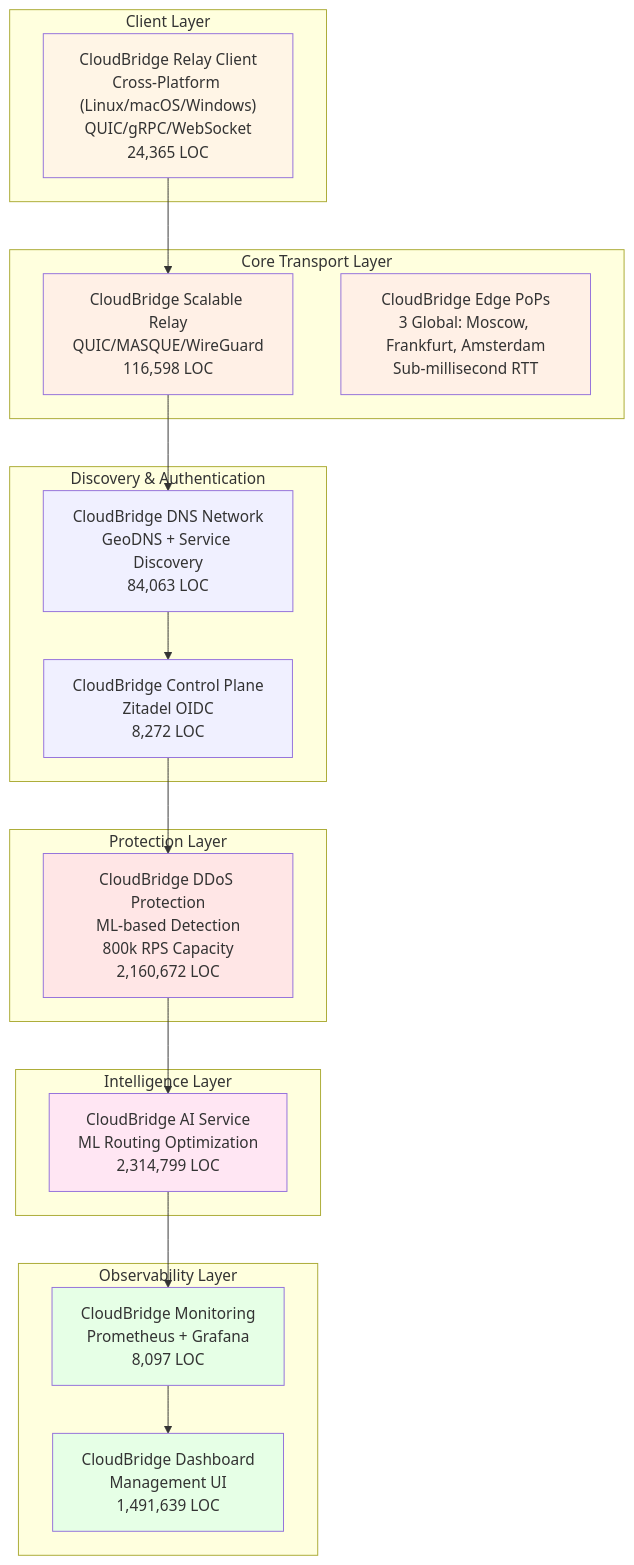
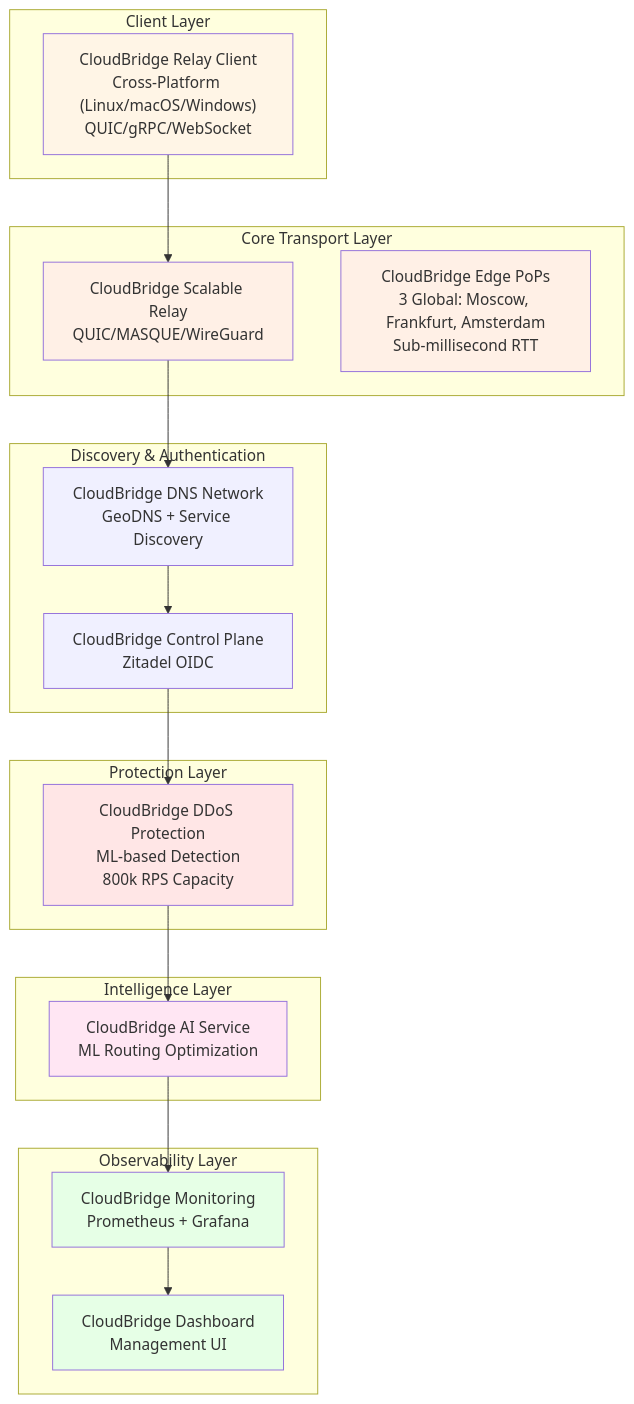
The first of 3 diagrams in ARCHITECTURE/PROJECT_OVERVIEW.md (twogc/cloudbridge-docs), drawn with Mermaid before and after one commit. The commit also changed other lines of this file and 9 other files, not shown here.

````diff
--- a/ARCHITECTURE/PROJECT_OVERVIEW.md
+++ b/ARCHITECTURE/PROJECT_OVERVIEW.md
@@ -33,47 +33,47 @@
 ```mermaid
 graph TB
     subgraph "Client Layer"
-        CLIENT["CloudBridge Relay Client<br/>Cross-Platform (Linux/macOS/Windows)<br/>QUIC/gRPC/WebSocket<br/>24,365 LOC"]
+        CLIENT["CloudBridge Relay Client<br/>Cross-Platform (Linux/macOS/Windows)<br/>QUIC/gRPC/WebSocket"]
     end
 
     subgraph "Core Transport Layer"
-        RELAY["CloudBridge Scalable Relay<br/>QUIC/MASQUE/WireGuard<br/>116,598 LOC"]
+        RELAY["CloudBridge Scalable Relay<br/>QUIC/MASQUE/WireGuard"]
         EDGE["CloudBridge Edge PoPs<br/>3 Global: Moscow, Frankfurt, Amsterdam<br/>Sub-millisecond RTT"]
     end
 
     subgraph "Discovery & Authentication"
-        DNS["CloudBridge DNS Network<br/>GeoDNS + Service Discovery<br/>84,063 LOC"]
-        CONTROL["CloudBridge Control Plane<br/>Zitadel OIDC<br/>8,272 LOC"]
+        DNS["CloudBridge DNS Network<br/>GeoDNS + Service Discovery"]
+        CONTROL["CloudBridge Control Plane<br/>Zitadel OIDC"]
     end
 
     subgraph "Protection Layer"
-        DDOS["CloudBridge DDoS Protection<br/>ML-based Detection<br/>800k RPS Capacity<br/>2,160,672 LOC"]
+        DDOS["CloudBridge DDoS Protection<br/>ML-based Detection<br/>800k RPS Capacity"]
     end
 
     subgraph "Intelligence Layer"
-        AI["CloudBridge AI Service<br/>ML Routing Optimization<br/>2,314,799 LOC"]
+        AI["CloudBridge AI Service<br/>ML Routing Optimization"]
     end
 
     subgraph "Observability Layer"
-        MONITOR["CloudBridge Monitoring<br/>Prometheus + Grafana<br/>8,097 LOC"]
-        DASHBOARD["CloudBridge Dashboard<br/>Management UI<br/>1,491,639 LOC"]
+        MONITOR["CloudBridge Monitoring<br/>Prometheus + Grafana"]
+        DASHBOARD["CloudBridge Dashboard<br/>Management UI"]
     end
 
     CLIENT --> RELAY
     RELAY --> DNS
     DNS --> CONTROL
     CONTROL --> DDOS
     DDOS --> AI
     AI --> MONITOR
     MONITOR --> DASHBOARD
 
     style CLIENT fill:#fff5e6
     style RELAY fill:#fff0e6
     style EDGE fill:#fff0e6
     style DNS fill:#f0f0ff
     style CONTROL fill:#f0f0ff
     style DDOS fill:#ffe6e6
     style AI fill:#ffe6f3
     style MONITOR fill:#e6ffe6
     style DASHBOARD fill:#e6ffe6
 ```
````
